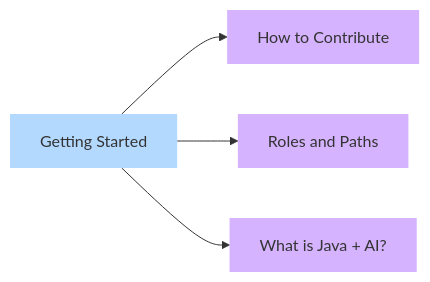
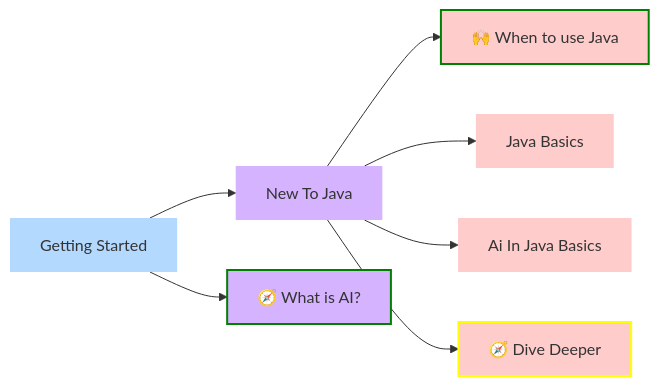
The diagram in docusaurus-resource/docs/00-getting-started/index.md (alexarguello/flatmap-docs-kit), drawn with Mermaid before and after one commit. The commit also changed other lines of this file and 88 other files, not shown here.

````diff
--- a/docusaurus-resource/docs/00-getting-started/index.md
+++ b/docusaurus-resource/docs/00-getting-started/index.md
@@ -10,24 +48,37 @@
 ```mermaid
 graph LR
 n_00_getting_started["Getting Started"]
-n_00_getting_started_how_to_contribute_md["How to Contribute"]
-n_00_getting_started --> n_00_getting_started_how_to_contribute_md
-n_00_getting_started_roles_and_paths_md["Roles and Paths"]
-n_00_getting_started --> n_00_getting_started_roles_and_paths_md
-n_00_getting_started_what_is_java_ai_md["What is Java + AI?"]
-n_00_getting_started --> n_00_getting_started_what_is_java_ai_md
+n_00_getting_started_05_new_to_java["New To Java"]
+n_00_getting_started --> n_00_getting_started_05_new_to_java
+n_00_getting_started_05_new_to_java_40_when_java_md["🙌 When to use Java"]
+n_00_getting_started_05_new_to_java --> n_00_getting_started_05_new_to_java_40_when_java_md
+n_00_getting_started_05_new_to_java_10_java_basics["Java Basics"]
+n_00_getting_started_05_new_to_java --> n_00_getting_started_05_new_to_java_10_java_basics
+n_00_getting_started_05_new_to_java_20_ai_in_java_basics["Ai In Java Basics"]
+n_00_getting_started_05_new_to_java --> n_00_getting_started_05_new_to_java_20_ai_in_java_basics
+n_00_getting_started_05_new_to_java_30_dive_deeper_md["🧭 Dive Deeper"]
+n_00_getting_started_05_new_to_java --> n_00_getting_started_05_new_to_java_30_dive_deeper_md
+n_00_getting_started_what_is_ai_md["🧭 What is AI?"]
+n_00_getting_started --> n_00_getting_started_what_is_ai_md
 click n_00_getting_started "/docs/getting-started"
-click n_00_getting_started_how_to_contribute_md "/docs/getting-started/how-to-contribute"
-click n_00_getting_started_roles_and_paths_md "/docs/getting-started/roles-and-paths"
-click n_00_getting_started_what_is_java_ai_md "/docs/getting-started/what-is-java-ai"
+click n_00_getting_started_05_new_to_java "/docs/getting-started/new-to-java"
+click n_00_getting_started_05_new_to_java_40_when_java_md "/docs/getting-started/new-to-java/when-java"
+click n_00_getting_started_05_new_to_java_10_java_basics "/docs/getting-started/new-to-java/java-basics"
+click n_00_getting_started_05_new_to_java_20_ai_in_java_basics "/docs/getting-started/new-to-java/ai-in-java-basics"
+click n_00_getting_started_05_new_to_java_30_dive_deeper_md "/docs/getting-started/new-to-java/dive-deeper"
+click n_00_getting_started_what_is_ai_md "/docs/getting-started/what-is-ai"
 classDef col0 fill:#b3d9ff,stroke:none;
 classDef col1 fill:#d5b3ff,stroke:none;
 classDef col2 fill:#ffcccc,stroke:none;
-classDef col3 fill:#ffd699,stroke:none;
-classDef col4 fill:#d0f0c0,stroke:none;
-class n_00_getting_started_how_to_contribute_md col1;
-class n_00_getting_started_roles_and_paths_md col1;
-class n_00_getting_started_what_is_java_ai_md col1;
+class n_00_getting_started_05_new_to_java_10_java_basics col2;
+class n_00_getting_started_05_new_to_java_20_ai_in_java_basics col2;
+class n_00_getting_started_05_new_to_java col1;
 class n_00_getting_started col0;
+classDef custom0 fill:#ffcccc,stroke:green,stroke-width:2px,stroke-dasharray:0;
+class n_00_getting_started_05_new_to_java_40_when_java_md custom0;
+classDef custom1 fill:#ffcccc,stroke:yellow,stroke-width:2px,stroke-dasharray:0;
+class n_00_getting_started_05_new_to_java_30_dive_deeper_md custom1;
+classDef custom2 fill:#d5b3ff,stroke:green,stroke-width:2px,stroke-dasharray:0;
+class n_00_getting_started_what_is_ai_md custom2;
 linkStyle default interpolate basis
 ```
````
